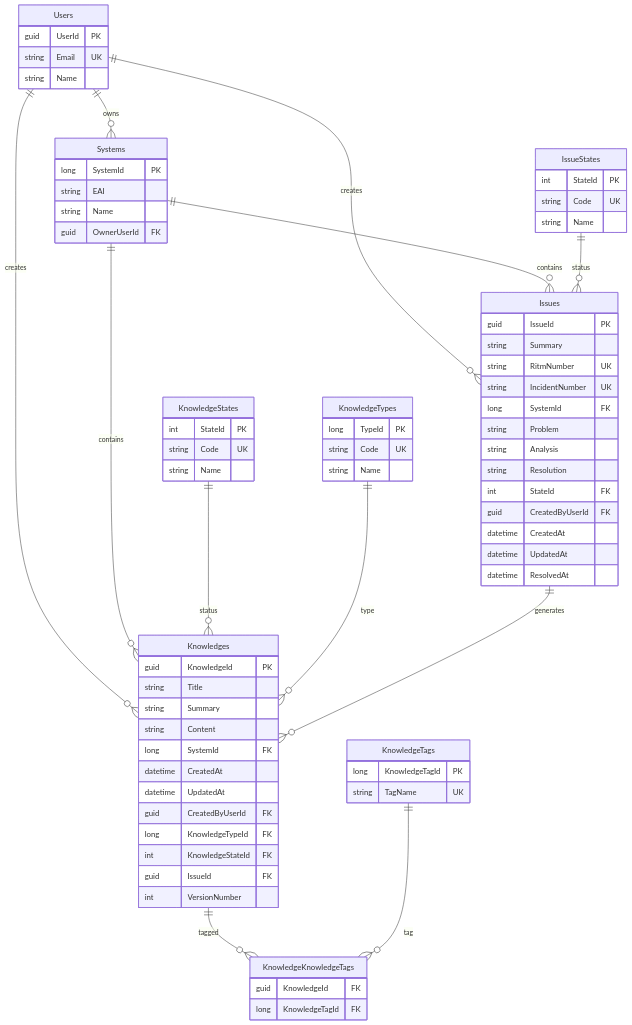
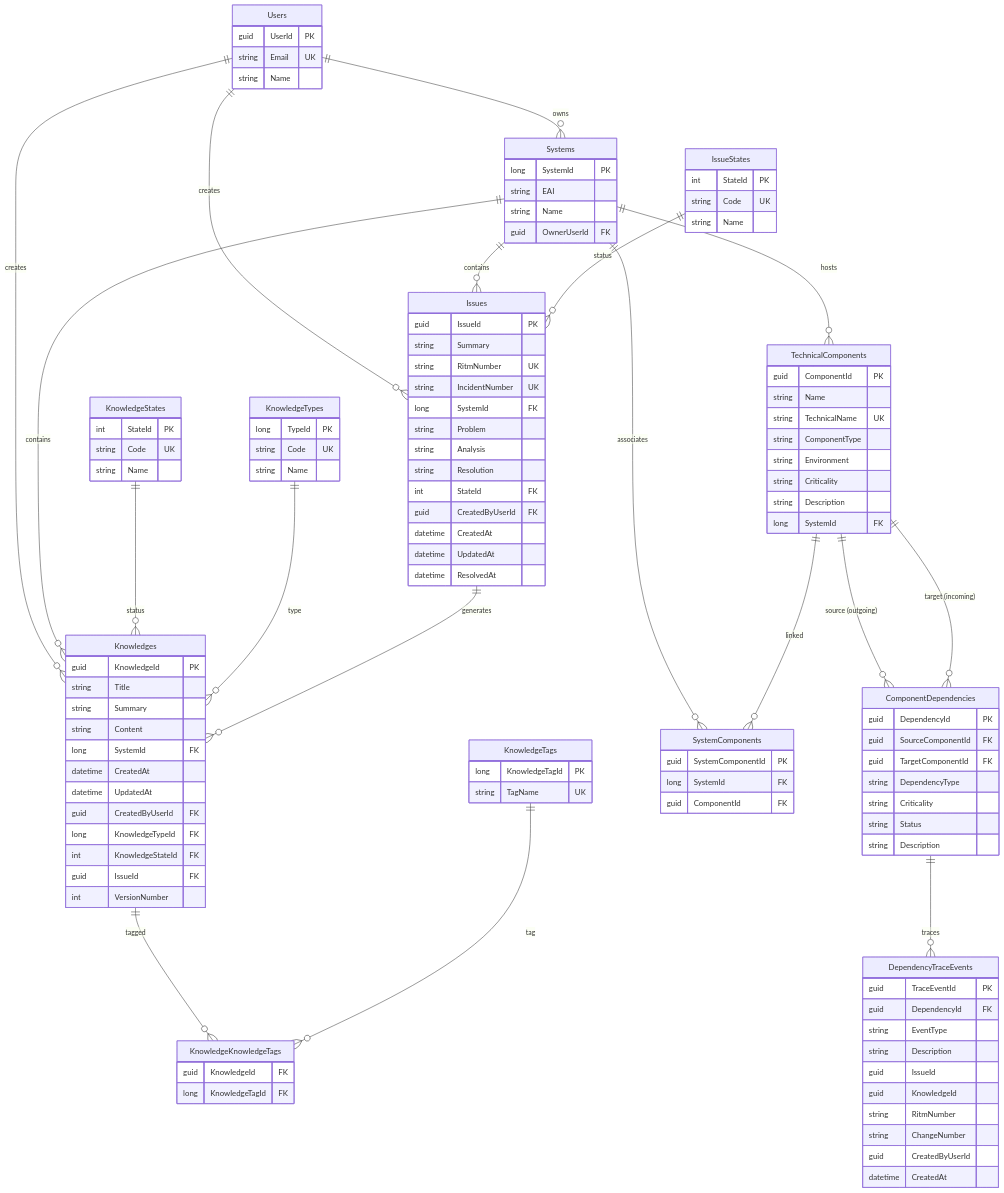
The diagram in data/diagram.md (vicvaldev/Axiom), drawn with Mermaid before and after one commit. The commit also changed 80 other files, not shown here.

````diff
--- a/data/diagram.md
+++ b/data/diagram.md
@@ -73,13 +73,54 @@
         long KnowledgeTagId FK
     }
 
+    TechnicalComponents {
+        guid ComponentId PK
+        string Name
+        string TechnicalName UK
+        string ComponentType
+        string Environment
+        string Criticality
+        string Description
+        long SystemId FK
+    }
+
+    SystemComponents {
+        guid SystemComponentId PK
+        long SystemId FK
+        guid ComponentId FK
+    }
+
+    ComponentDependencies {
+        guid DependencyId PK
+        guid SourceComponentId FK
+        guid TargetComponentId FK
+        string DependencyType
+        string Criticality
+        string Status
+        string Description
+    }
+
+    DependencyTraceEvents {
+        guid TraceEventId PK
+        guid DependencyId FK
+        string EventType
+        string Description
+        guid IssueId
+        guid KnowledgeId
+        string RitmNumber
+        string ChangeNumber
+        guid CreatedByUserId
+        datetime CreatedAt
+    }
+
     Users ||--o{ Systems : owns
-
     Users ||--o{ Issues : creates
     Users ||--o{ Knowledges : creates
 
     Systems ||--o{ Issues : contains
     Systems ||--o{ Knowledges : contains
+    Systems ||--o{ TechnicalComponents : hosts
+    Systems ||--o{ SystemComponents : associates
 
     IssueStates ||--o{ Issues : status
 
@@ -90,4 +131,10 @@
 
     Knowledges ||--o{ KnowledgeKnowledgeTags : tagged
     KnowledgeTags ||--o{ KnowledgeKnowledgeTags : tag
+
+    TechnicalComponents ||--o{ SystemComponents : linked
+    TechnicalComponents ||--o{ ComponentDependencies : "source (outgoing)"
+    TechnicalComponents ||--o{ ComponentDependencies : "target (incoming)"
+
+    ComponentDependencies ||--o{ DependencyTraceEvents : traces
 ```
````
